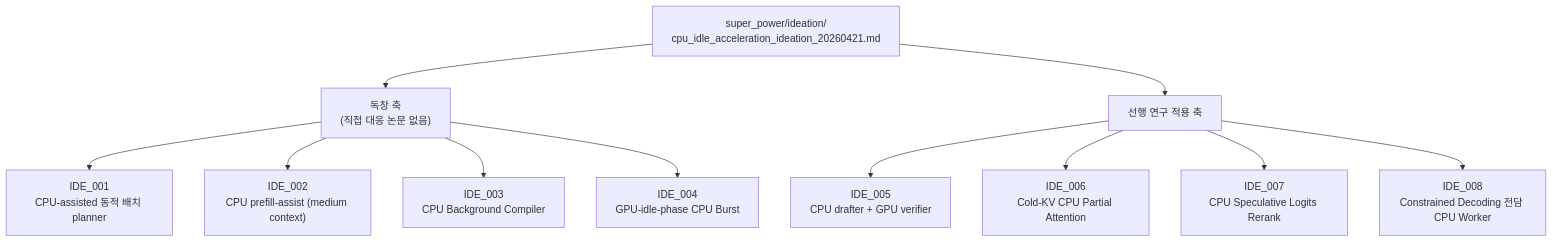
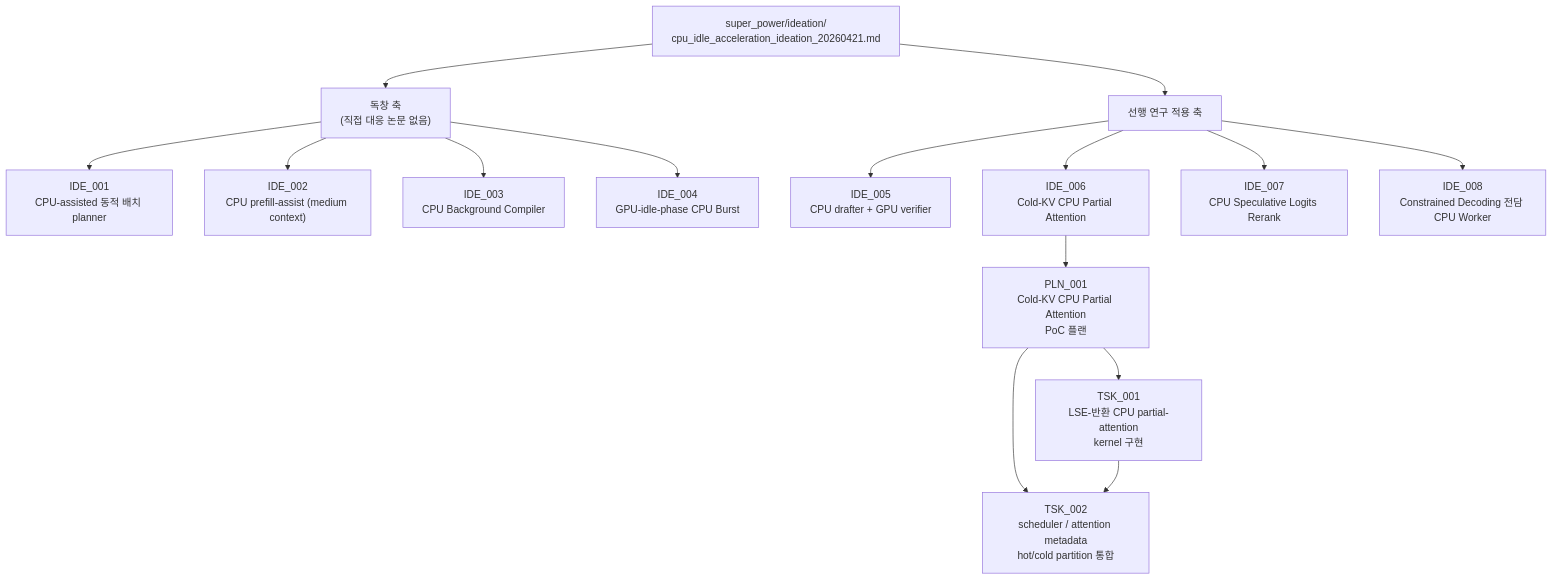
Before and after one commit to mystous/vllm_hybrid: the diagram in shadow_assists/README.md, drawn with Mermaid. The commit also changed 5 other files, not shown here.

First line of the commit message:
docs(IDE_006): adopt PLN_001 / TSK_001 / TSK_002 with consistency fixes

````diff
--- a/shadow_assists/README.md
+++ b/shadow_assists/README.md
@@ -140,17 +140,24 @@
 ```mermaid
 flowchart TB
     ROOT["super_power/ideation/<br/>cpu_idle_acceleration_ideation_20260421.md"]
 
     ROOT --> AXIS_A["독창 축<br/>(직접 대응 논문 없음)"]
     ROOT --> AXIS_B["선행 연구 적용 축"]
 
     AXIS_A --> IDE_001["IDE_001<br/>CPU-assisted 동적 배치 planner"]
     AXIS_A --> IDE_002["IDE_002<br/>CPU prefill-assist (medium context)"]
     AXIS_A --> IDE_003["IDE_003<br/>CPU Background Compiler"]
     AXIS_A --> IDE_004["IDE_004<br/>GPU-idle-phase CPU Burst"]
 
     AXIS_B --> IDE_005["IDE_005<br/>CPU drafter + GPU verifier"]
     AXIS_B --> IDE_006["IDE_006<br/>Cold-KV CPU Partial Attention"]
     AXIS_B --> IDE_007["IDE_007<br/>CPU Speculative Logits Rerank"]
     AXIS_B --> IDE_008["IDE_008<br/>Constrained Decoding 전담 CPU Worker"]
+
+    IDE_006 --> PLN_001["PLN_001<br/>Cold-KV CPU Partial Attention<br/>PoC 플랜"]
+
+    PLN_001 --> TSK_001["TSK_001<br/>LSE-반환 CPU partial-attention<br/>kernel 구현"]
+    PLN_001 --> TSK_002["TSK_002<br/>scheduler / attention metadata<br/>hot/cold partition 통합"]
+
+    TSK_001 --> TSK_002
 ```
````
